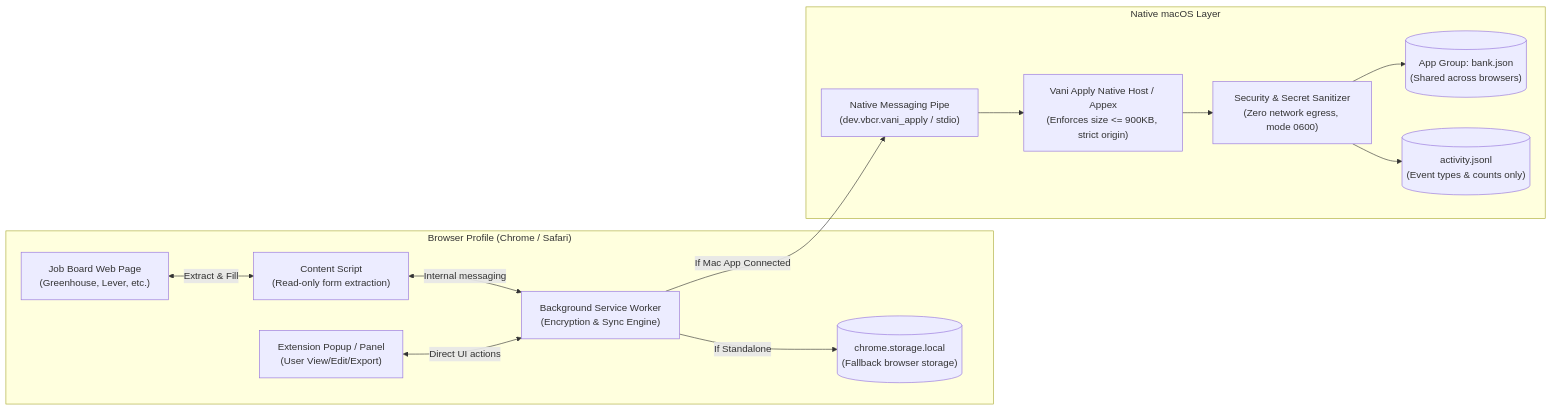
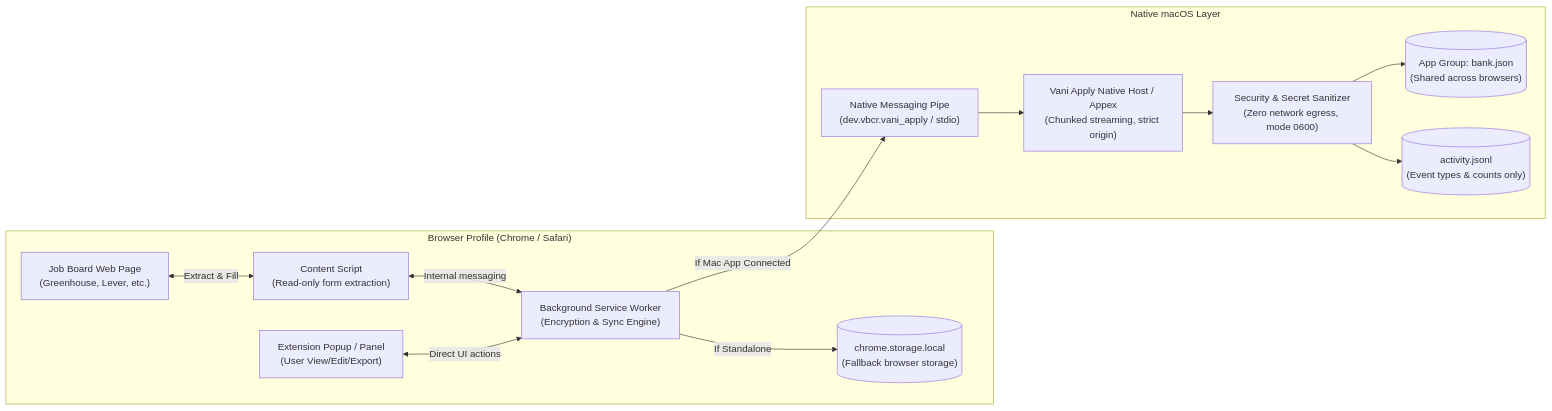
The second of 2 diagrams in extension/README.md (bharathvbcr/vani), drawn with Mermaid before and after one commit. The commit also changed other lines of this file and 4 other files, not shown here.

````diff
--- a/extension/README.md
+++ b/extension/README.md
@@ -226,29 +266,29 @@
 ```mermaid
 flowchart LR
     subgraph BrowserEnvironment["Browser Profile (Chrome / Safari)"]
         PAGE["Job Board Web Page\n(Greenhouse, Lever, etc.)"]
         CS["Content Script\n(Read-only form extraction)"]
         POPUP["Extension Popup / Panel\n(User View/Edit/Export)"]
         BG["Background Service Worker\n(Encryption & Sync Engine)"]
         LOCAL_STORE[("chrome.storage.local\n(Fallback browser storage)")]
     end
 
     subgraph NativeMac["Native macOS Layer"]
         PIPE["Native Messaging Pipe\n(dev.vbcr.vani_apply / stdio)"]
-        HOST["Vani Apply Native Host / Appex\n(Enforces size <= 900KB, strict origin)"]
+        HOST["Vani Apply Native Host / Appex\n(Chunked streaming, strict origin)"]
         SAN["Security & Secret Sanitizer\n(Zero network egress, mode 0600)"]
         APPGROUP[("App Group: bank.json\n(Shared across browsers)")]
         LOG[("activity.jsonl\n(Event types & counts only)")]
     end
 
     PAGE <-->|Extract & Fill| CS
     CS <-->|Internal messaging| BG
     POPUP <-->|Direct UI actions| BG
 
     BG -->|If Mac App Connected| PIPE
     BG -->|If Standalone| LOCAL_STORE
 
     PIPE --> HOST --> SAN
     SAN --> APPGROUP
     SAN --> LOG
 ```
````
